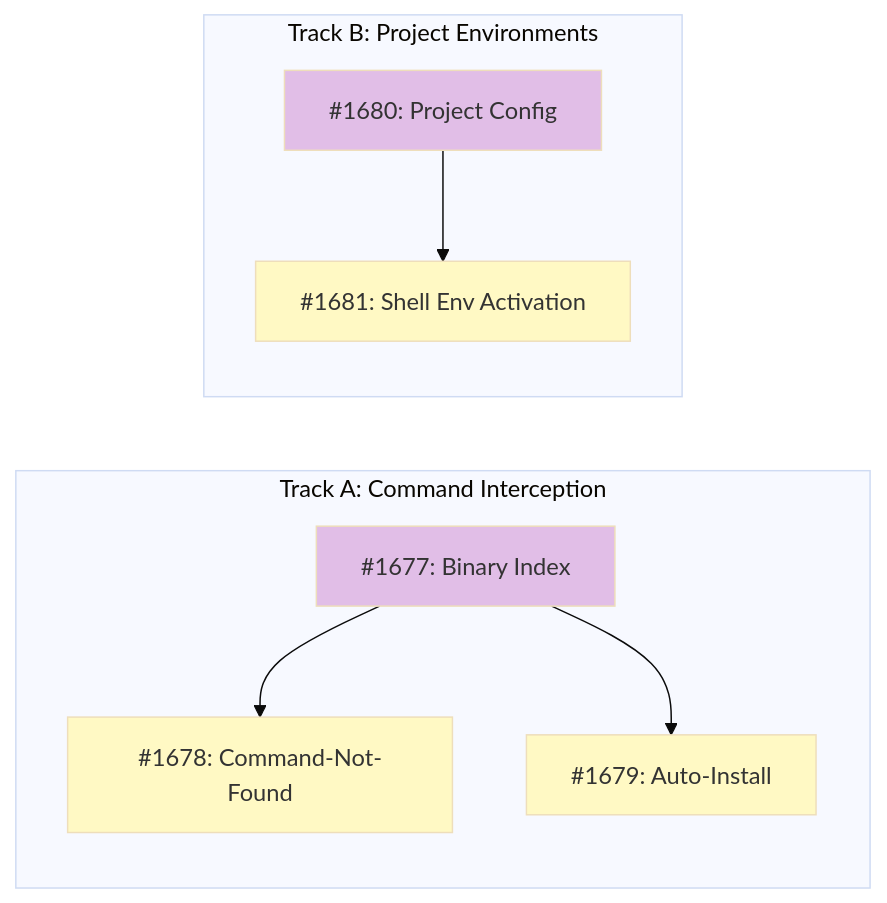
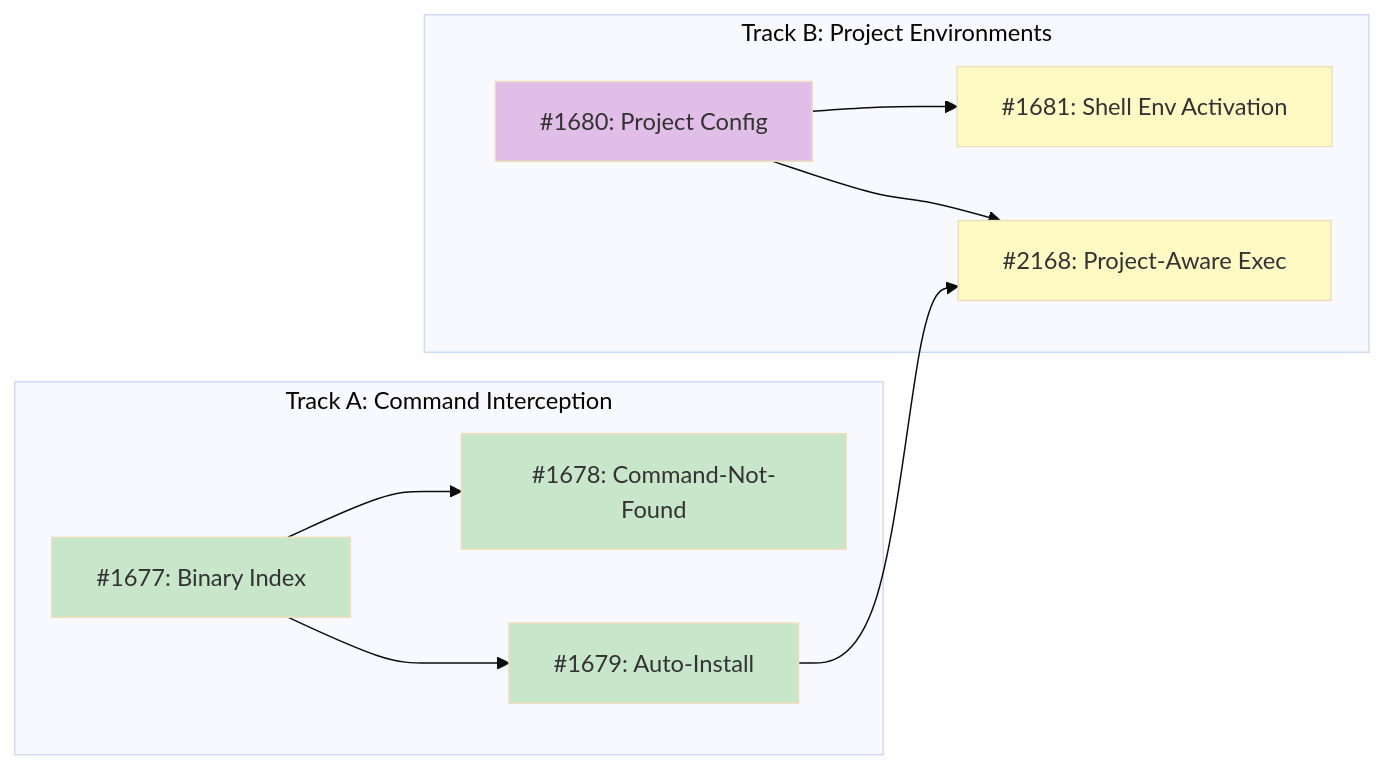
One commit to tsukumogami/tsuku changed the diagram in docs/designs/DESIGN-shell-integration-building-blocks.md. Above: the diagram before and after it, drawn with Mermaid (base theme). The commit also changed other lines of this file and 51 other files, not shown here.

````diff
--- a/docs/designs/DESIGN-shell-integration-building-blocks.md
+++ b/docs/designs/DESIGN-shell-integration-building-blocks.md
@@ -36,25 +38,31 @@
 ```mermaid
 graph LR
     subgraph TrackA["Track A: Command Interception"]
         I1677["#1677: Binary Index"]
         I1678["#1678: Command-Not-Found"]
         I1679["#1679: Auto-Install"]
     end
 
     subgraph TrackB["Track B: Project Environments"]
         I1680["#1680: Project Config"]
         I1681["#1681: Shell Env Activation"]
+        I2168["#2168: Project-Aware Exec"]
     end
 
     I1677 --> I1678
     I1677 --> I1679
     I1680 --> I1681
+    I1679 --> I2168
+    I1680 --> I2168
 
     classDef done fill:#c8e6c9
     classDef ready fill:#bbdefb
     classDef blocked fill:#fff9c4
     classDef needsDesign fill:#e1bee7
 
-    class I1677,I1680 needsDesign
-    class I1678,I1679,I1681 blocked
+    class I1677 done
+    class I1680 needsDesign
+    class I1678 done
+    class I1679 done
+    class I1681,I2168 blocked
 ```
````
